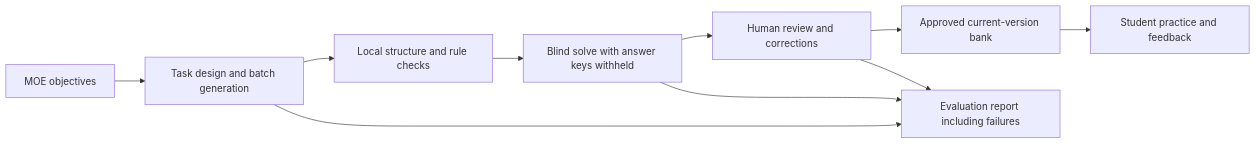
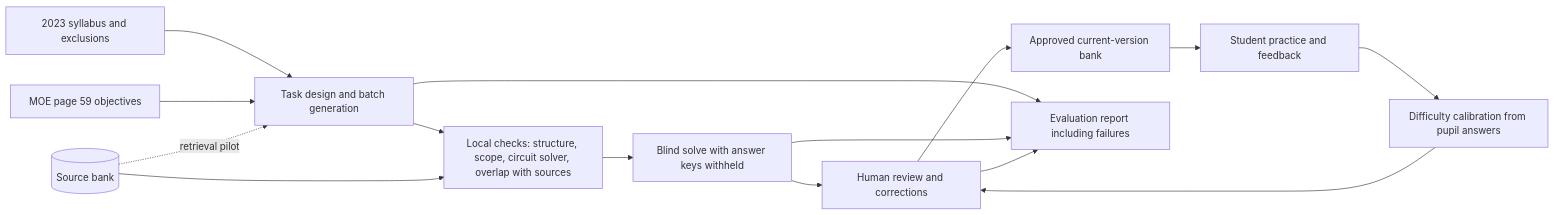
The diagram in README.md (xl31415926535/Capstone-PoC), drawn with Mermaid before and after one commit. The commit also changed other lines of this file and 6 other files, not shown here.

First line of the commit message:
Document the source bank, the pilots and what was checked on 7 October

````diff
--- a/README.md
+++ b/README.md
@@ -40,12 +42,17 @@
 ```mermaid
 flowchart LR
-    A[MOE objectives] --> B[Task design and batch generation]
-    B --> C[Local structure and rule checks]
+    S[2023 syllabus and exclusions] --> B
+    A[MOE page 59 objectives] --> B[Task design and batch generation]
+    K[(Source bank)] -. retrieval pilot .-> B
+    B --> C[Local checks: structure, scope, circuit solver, overlap with sources]
+    K --> C
     C --> D[Blind solve with answer keys withheld]
     D --> E[Human review and corrections]
     E --> F[Approved current-version bank]
     F --> G[Student practice and feedback]
+    G --> P[Difficulty calibration from pupil answers]
+    P --> E
     B --> H[Evaluation report including failures]
     D --> H
     E --> H
 ```
````
